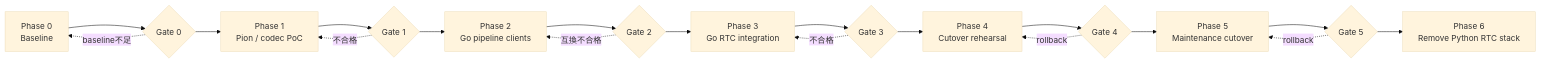
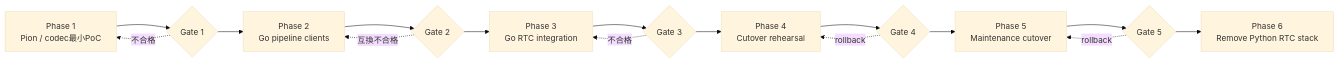
Before and after one commit to Sincromisor/Sincromisor: the diagram in documents/migration/pion/implementation-phases.md, drawn with Mermaid (base theme). The commit also changed other lines of this file and 20 other files, not shown here.

First line of the commit message:
feat(rtc): Pion codec最小PoCを確立

````diff
--- a/documents/migration/pion/implementation-phases.md
+++ b/documents/migration/pion/implementation-phases.md
@@ -12,22 +13,20 @@
 ```mermaid
 flowchart LR
-    P0["Phase 0\nBaseline"] --> G0{"Gate 0"}
-    G0 --> P1["Phase 1\nPion / codec PoC"]
+    P1["Phase 1\nPion / codec最小PoC"]
     P1 --> G1{"Gate 1"}
     G1 --> P2["Phase 2\nGo pipeline clients"]
     P2 --> G2{"Gate 2"}
     G2 --> P3["Phase 3\nGo RTC integration"]
     P3 --> G3{"Gate 3"}
     G3 --> P4["Phase 4\nCutover rehearsal"]
     P4 --> G4{"Gate 4"}
     G4 --> P5["Phase 5\nMaintenance cutover"]
     P5 --> G5{"Gate 5"}
     G5 --> P6["Phase 6\nRemove Python RTC stack"]
 
-    G0 -. "baseline不足" .-> P0
     G1 -. "不合格" .-> P1
     G2 -. "互換不合格" .-> P2
     G3 -. "不合格" .-> P3
     G4 -. "rollback" .-> P4
     G5 -. "rollback" .-> P5
 ```
````
